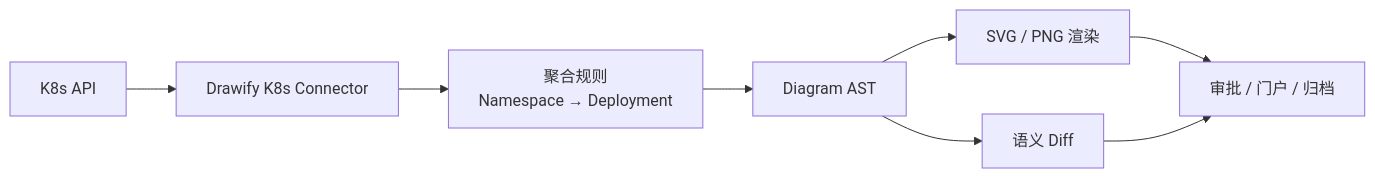
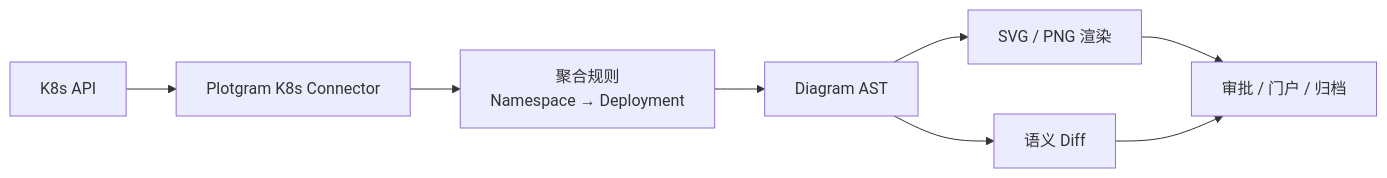
The second of 2 diagrams in docs/enterprise/k8s-visualization-landscape.md (jimium/plotgram), drawn with Mermaid before and after one commit. The commit also changed other lines of this file and 777 other files, not shown here.

````diff
--- a/docs/enterprise/k8s-visualization-landscape.md
+++ b/docs/enterprise/k8s-visualization-landscape.md
@@ -149,11 +149,11 @@
 ```mermaid
 flowchart LR
     k8s["K8s API"]
-    k8s --> conn["Drawify K8s Connector"]
+    k8s --> conn["Plotgram K8s Connector"]
     conn --> compose["聚合规则\nNamespace → Deployment"]
     compose --> ast["Diagram AST"]
     ast --> render["SVG / PNG 渲染"]
     ast --> diff["语义 Diff"]
     render --> flow["审批 / 门户 / 归档"]
     diff --> flow
 ```
````
